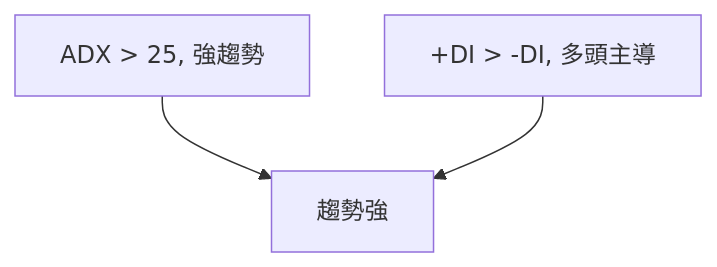
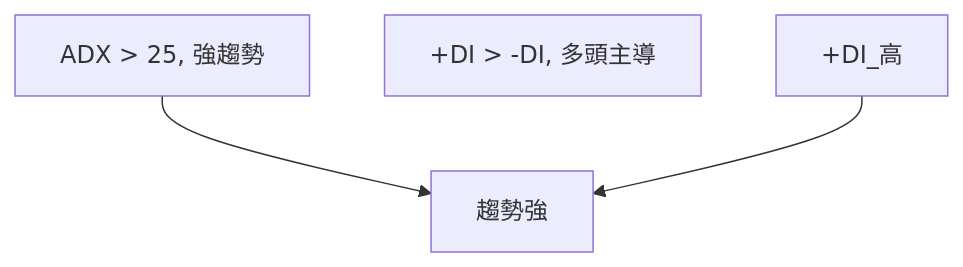
Before and after one commit to yennanliu/finance_data: the third of 9 diagrams in ai_gen_report/stock/pl/technical_analysis_2026-04-25_openai.md, drawn with Mermaid. The commit also changed other lines of this file and 2258 other files, not shown here.

First line of the commit message:
chore: backfill Mermaid syntax repair across existing reports

````diff
--- a/ai_gen_report/stock/pl/technical_analysis_2026-04-25_openai.md
+++ b/ai_gen_report/stock/pl/technical_analysis_2026-04-25_openai.md
@@ -148,7 +148,7 @@
 ```mermaid
 graph TD
     ADX_高["ADX > 25, 強趨勢"]
     +DI_高["+DI > -DI, 多頭主導"]
     ADX_高 --> 趨勢強["趨勢強"]
-    +DI_高 --> 趨勢強
+    nb1["+DI_高"] --> 趨勢強
 ```
````
